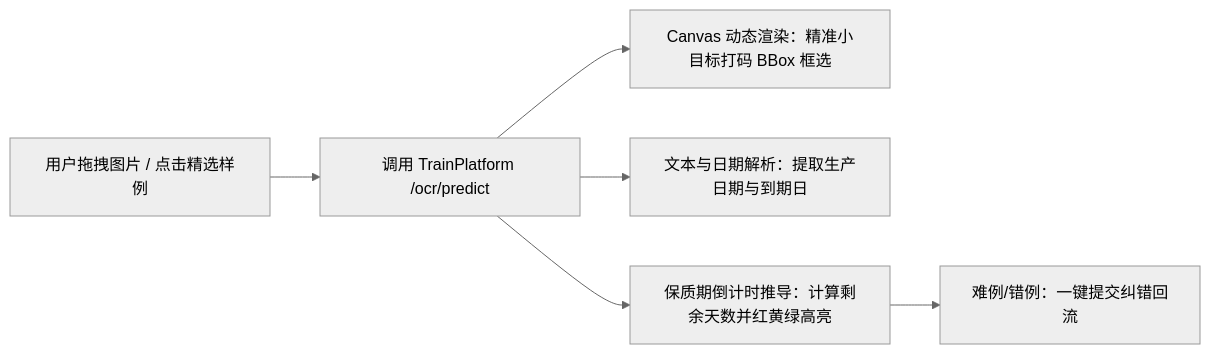
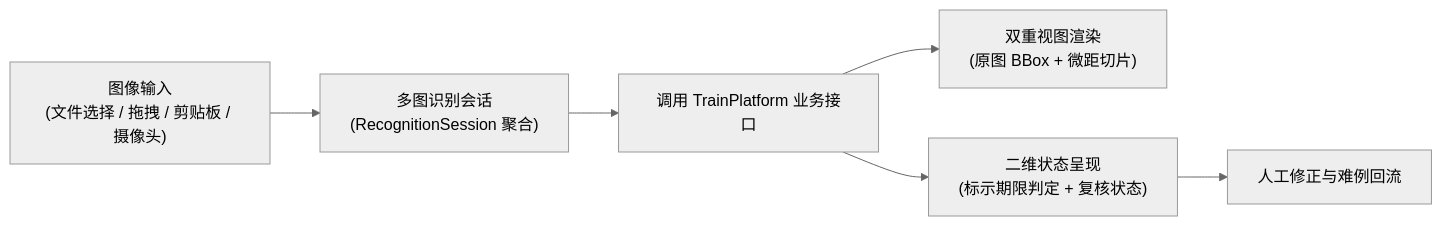
The diagram in README.md (QingMouFoodDate/WebClient), drawn with Mermaid (neutral theme) before and after one commit. The commit also changed other lines of this file, not shown here.

Commit message:
📃 docs: 重构Web前台架构并补全多图会话与双重视图设计

````diff
--- a/README.md
+++ b/README.md
@@ -14,8 +14,8 @@
 ```mermaid
 flowchart LR
-    A["用户拖拽图片 / 点击精选样例"] --> B["调用 TrainPlatform /ocr/predict"]
-    B --> C["Canvas 动态渲染：精准小目标打码 BBox 框选"]
-    B --> D["文本与日期解析：提取生产日期与到期日"]
-    B --> E["保质期倒计时推导：计算剩余天数并红黄绿高亮"]
-    E --> F["难例/错例：一键提交纠错回流"]
+    A["图像输入<br/>(文件选择 / 拖拽 / 剪贴板 / 摄像头)"] --> B["多图识别会话<br/>(RecognitionSession 聚合)"]
+    B --> C["调用 TrainPlatform 业务接口"]
+    C --> D["双重视图渲染<br/>(原图 BBox + 微距切片)"]
+    C --> E["二维状态呈现<br/>(标示期限判定 + 复核状态)"]
+    E --> F["人工修正与难例回流"]
 ```
````
